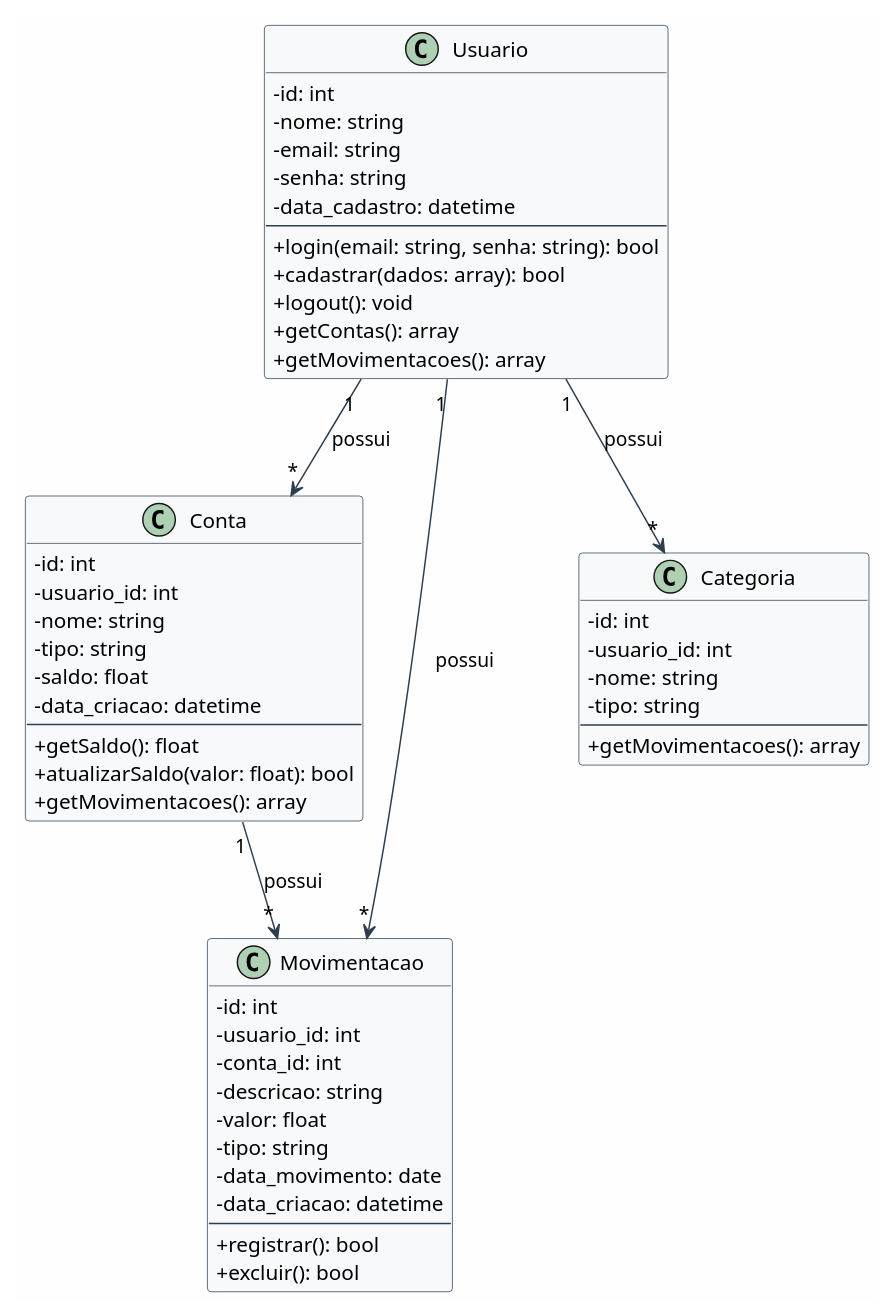
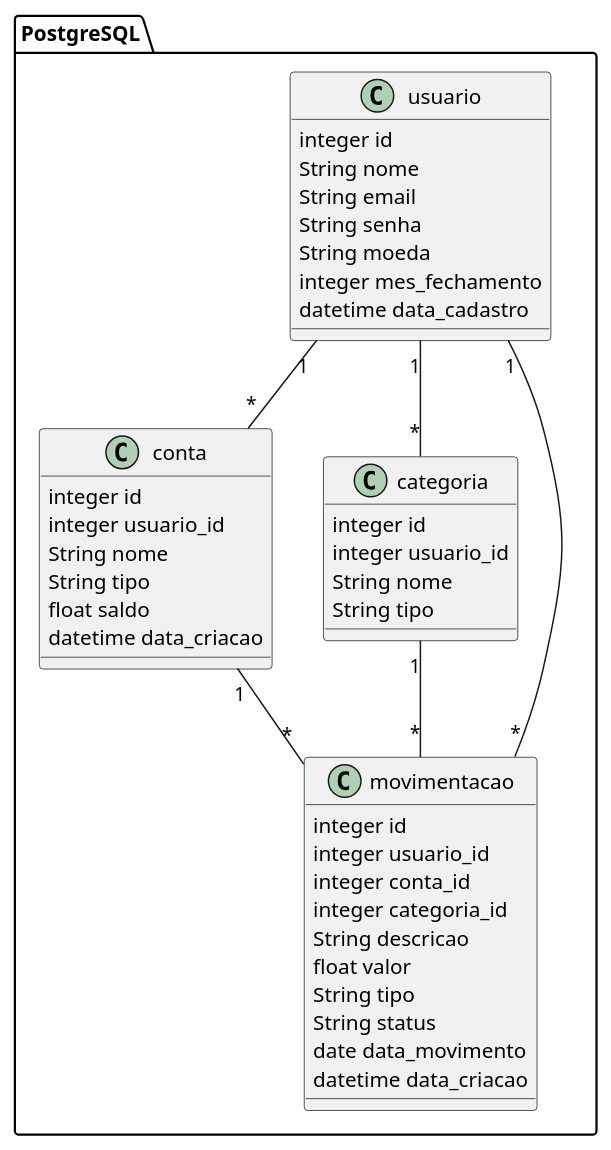
The diagram in docs/class-diagram.puml (m4iz44/saddaddsasdds), drawn with PlantUML before and after one commit. The commit also changed 26 other files, not shown here.

```diff
--- a/docs/class-diagram.puml
+++ b/docs/class-diagram.puml
@@ -1,74 +1,50 @@
 @startuml
-' ============================================
-' FINANCINHAS - DIAGRAMA DE CLASSES
-' ============================================
-skinparam classAttributeIconSize 0
-skinparam backgroundColor #FEFEFE
-skinparam class {
- BackgroundColor #F8F9FA
- BorderColor #2C3E50
- ArrowColor #2C3E50
+package PostgreSQL {
+
+  class usuario {
+    integer id
+    String nome
+    String email
+    String senha
+    String moeda
+    integer mes_fechamento
+    datetime data_cadastro
+  }
+
+  class conta {
+    integer id
+    integer usuario_id
+    String nome
+    String tipo
+    float saldo
+    datetime data_criacao
+  }
+
+  class categoria {
+    integer id
+    integer usuario_id
+    String nome
+    String tipo
+  }
+
+  class movimentacao {
+    integer id
+    integer usuario_id
+    integer conta_id
+    integer categoria_id
+    String descricao
+    float valor
+    String tipo
+    String status
+    date data_movimento
+    datetime data_criacao
+  }
+
 }
 
-' ========== CLASSE USUARIO ==========
-class Usuario {
- - id: int
- - nome: string
- - email: string
- - senha: string
- - data_cadastro: datetime
- --
- + login(email: string, senha: string): bool
- + cadastrar(dados: array): bool
- + logout(): void
- + getContas(): array
- + getMovimentacoes(): array
-}
-
-' ========== CLASSE CONTA ==========
-class Conta {
- - id: int
- - usuario_id: int
- - nome: string
- - tipo: string
- - saldo: float
- - data_criacao: datetime
- --
- + getSaldo(): float
- + atualizarSaldo(valor: float): bool
- + getMovimentacoes(): array
-}
-
-' ========== CLASSE MOVIMENTACAO ==========
-class Movimentacao {
- - id: int
- - usuario_id: int
- - conta_id: int
- - descricao: string
- - valor: float
- - tipo: string
- - data_movimento: date
- - data_criacao: datetime
- --
- + registrar(): bool
- + excluir(): bool
-}
-
-' ========== CLASSE CATEGORIA ==========
-class Categoria {
- - id: int
- - usuario_id: int
- - nome: string
- - tipo: string
- --
- + getMovimentacoes(): array
-}
-
-' ========== RELACIONAMENTOS ==========
-Usuario "1" --> "*" Conta : possui
-Usuario "1" --> "*" Movimentacao : possui
-Usuario "1" --> "*" Categoria : possui
-
-Conta "1" --> "*" Movimentacao : possui
-
+usuario "1" -- "*" conta
+usuario "1" -- "*" categoria
+usuario "1" -- "*" movimentacao
+conta "1" -- "*" movimentacao
+categoria "1" -- "*" movimentacao
 @enduml
```
